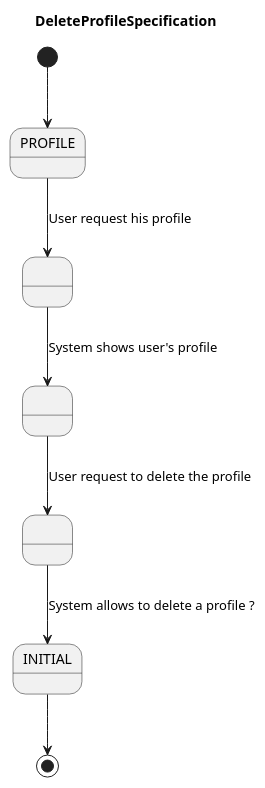
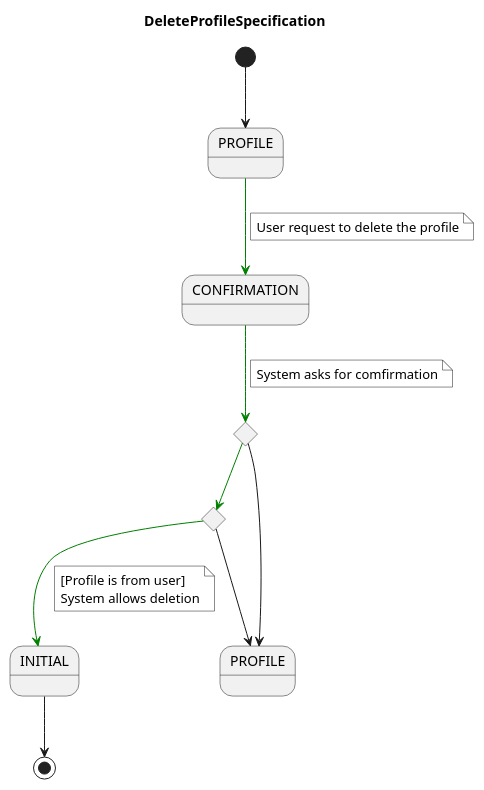
One commit to fraylopez/tinder changed the diagram in docs/src/use-cases/specs/deleteprofile.spec.puml. Above: the diagram before and after it, drawn with PlantUML. The commit also changed 2 other files, not shown here.

Commit message:
Delete profile spec

```diff
--- a/docs/src/use-cases/specs/deleteprofile.spec.puml
+++ b/docs/src/use-cases/specs/deleteprofile.spec.puml
@@ -1,20 +1,34 @@
 @startuml DeleteProfileSpecification
 
 title DeleteProfileSpecification
 
+skinparam NoteBackgroundColor white
+
+state PROFILE
+state CONFIRMATION
+state confirms <<choice>>
+state is_profile_from_user <<choice>>
+state PROFILE_END as "PROFILE"
 state INITIAL
-state PROFILE
-state DELETING_PROFILE as " "
-state WAITING_PROFILE as " "
-state IN_PROFILE as " "
 
 [*] --> PROFILE
-PROFILE --> WAITING_PROFILE: User request his profile
-WAITING_PROFILE -->IN_PROFILE: System shows user's profile
-IN_PROFILE -->DELETING_PROFILE:User request to delete the profile
-DELETING_PROFILE --> INITIAL: System allows to delete a profile ?
+PROFILE -[#green]-> CONFIRMATION
+note on link
+User request to delete the profile
+end note
+CONFIRMATION -[#green]-> confirms
+note on link
+System asks for comfirmation
+end note
+confirms -[#green]-> is_profile_from_user
+confirms --> PROFILE_END
+is_profile_from_user --> PROFILE_END
+is_profile_from_user -[#green]-> INITIAL
+note on link
+[Profile is from user]
+System allows deletion
+end note
 
 INITIAL --> [*]
 
-
 @enduml
```
